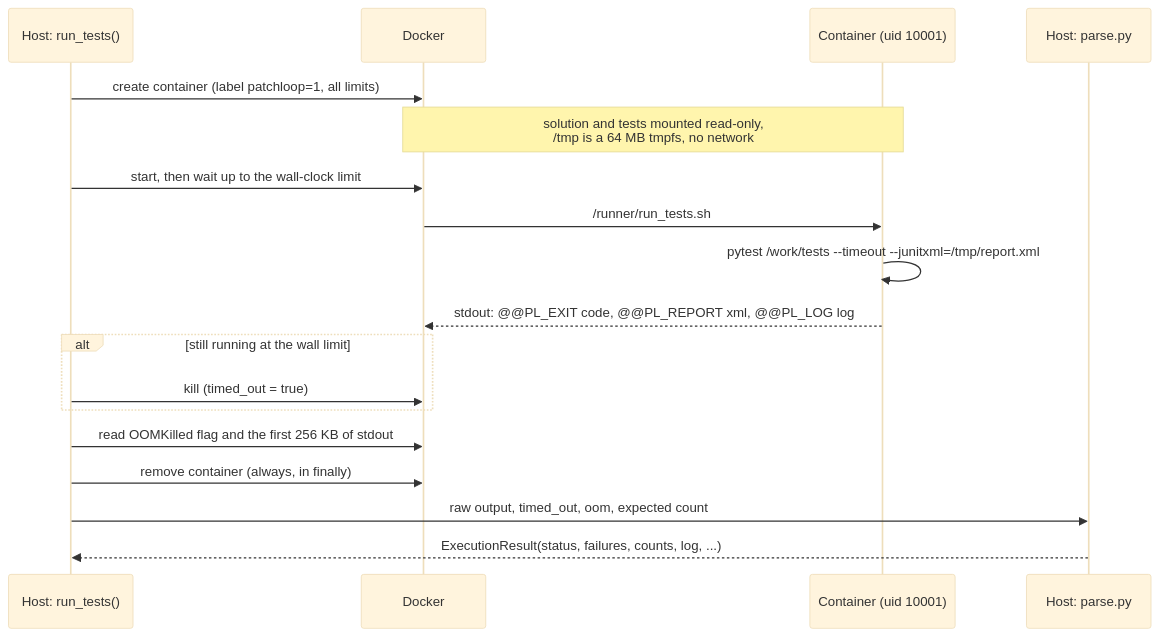
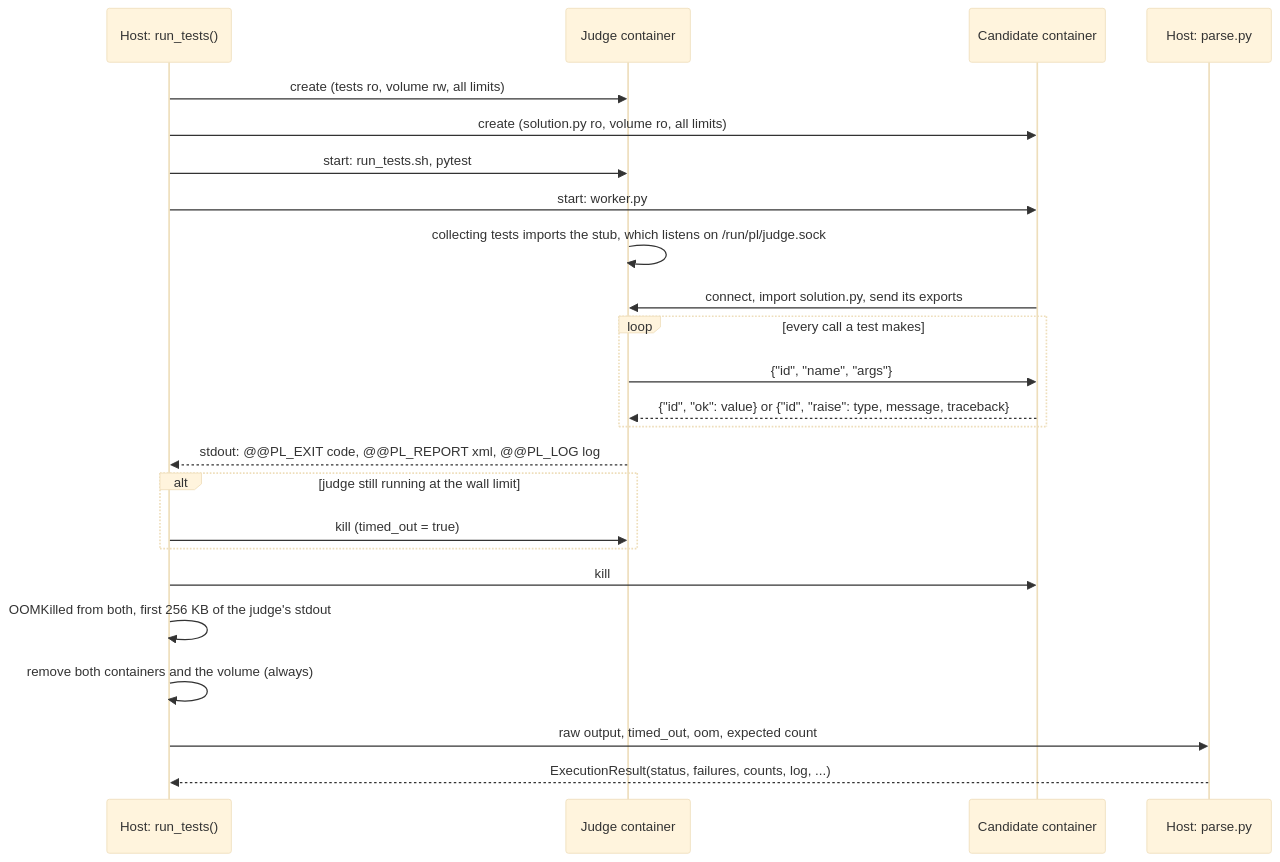
One commit to keshavm21/patchloop changed the second of 3 diagrams in docs/architecture.md. Above: the diagram before and after it, drawn with Mermaid (base theme). The commit also changed other lines of this file and 19 other files, not shown here.

Commit message:
judge tests in a separate container

````diff
--- a/docs/architecture.md
+++ b/docs/architecture.md
@@ -49,21 +58,27 @@
 ```mermaid
 sequenceDiagram
     participant H as Host: run_tests()
-    participant D as Docker
-    participant C as Container (uid 10001)
+    participant J as Judge container
+    participant C as Candidate container
     participant P as Host: parse.py
 
-    H->>D: create container (label patchloop=1, all limits)
-    Note over D,C: solution and tests mounted read-only,<br/>/tmp is a 64 MB tmpfs, no network
-    H->>D: start, then wait up to the wall-clock limit
-    D->>C: /runner/run_tests.sh
-    C->>C: pytest /work/tests --timeout --junitxml=/tmp/report.xml
-    C-->>D: stdout: @@PL_EXIT code, @@PL_REPORT xml, @@PL_LOG log
-    alt still running at the wall limit
-        H->>D: kill (timed_out = true)
+    H->>J: create (tests ro, volume rw, all limits)
+    H->>C: create (solution.py ro, volume ro, all limits)
+    H->>J: start: run_tests.sh, pytest
+    H->>C: start: worker.py
+    J->>J: collecting tests imports the stub, which listens on /run/pl/judge.sock
+    C->>J: connect, import solution.py, send its exports
+    loop every call a test makes
+        J->>C: {"id", "name", "args"}
+        C-->>J: {"id", "ok": value} or {"id", "raise": type, message, traceback}
     end
-    H->>D: read OOMKilled flag and the first 256 KB of stdout
-    H->>D: remove container (always, in finally)
+    J-->>H: stdout: @@PL_EXIT code, @@PL_REPORT xml, @@PL_LOG log
+    alt judge still running at the wall limit
+        H->>J: kill (timed_out = true)
+    end
+    H->>C: kill
+    H->>H: OOMKilled from both, first 256 KB of the judge's stdout
+    H->>H: remove both containers and the volume (always)
     H->>P: raw output, timed_out, oom, expected count
     P-->>H: ExecutionResult(status, failures, counts, log, ...)
 ```
````
